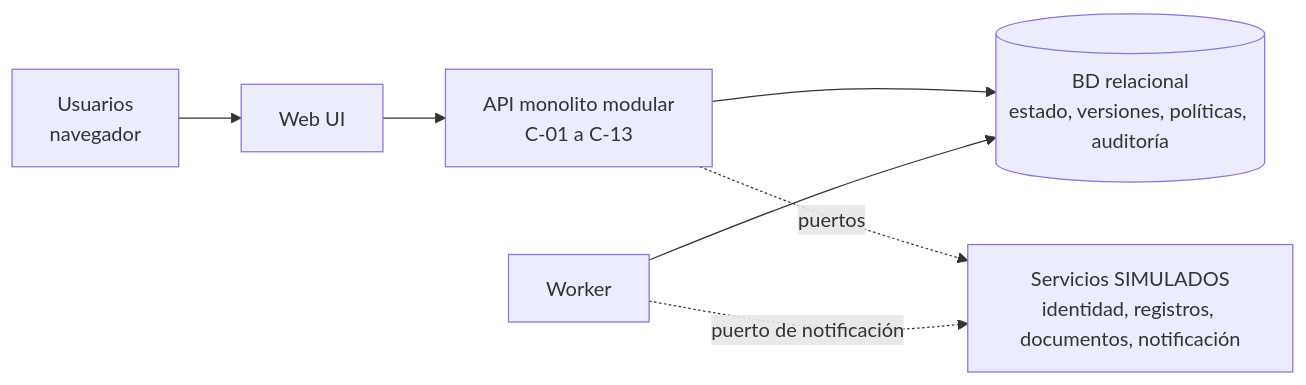
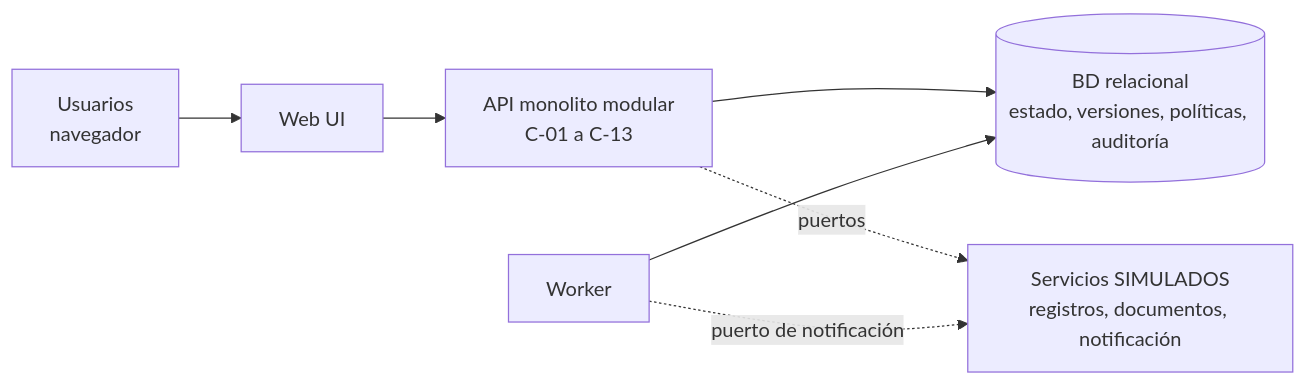
One commit to maxtrosy/internship-lifecycle-platform changed the second of 2 diagrams in docs/evaluation-2/architecture-and-design.md. Above: the diagram before and after it, drawn with Mermaid. The commit also changed other lines of this file and 72 other files, not shown here.

````diff
--- a/docs/evaluation-2/architecture-and-design.md
+++ b/docs/evaluation-2/architecture-and-design.md
@@ -219,9 +219,9 @@
 ```mermaid
 flowchart LR
   U["Usuarios<br/>navegador"] --> WEB["Web UI"]
   WEB --> API["API monolito modular<br/>C-01 a C-13"]
   API --> DB[("BD relacional<br/>estado, versiones, políticas, auditoría")]
   WORK["Worker"] --> DB
-  API -.->|"puertos"| SIM["Servicios SIMULADOS<br/>identidad, registros, documentos, notificación"]
+  API -.->|"puertos"| SIM["Servicios SIMULADOS<br/>registros, documentos, notificación"]
   WORK -.->|"puerto de notificación"| SIM
 ```
````
